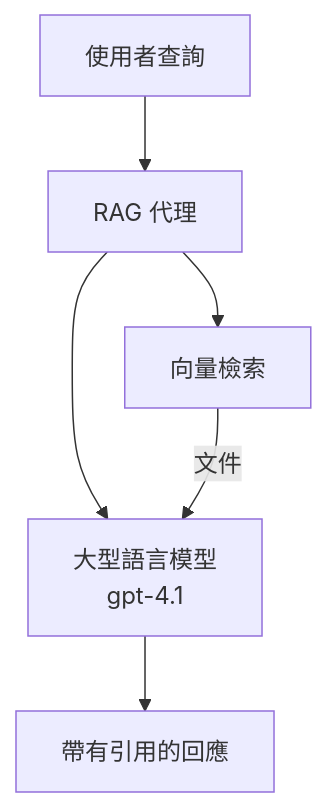
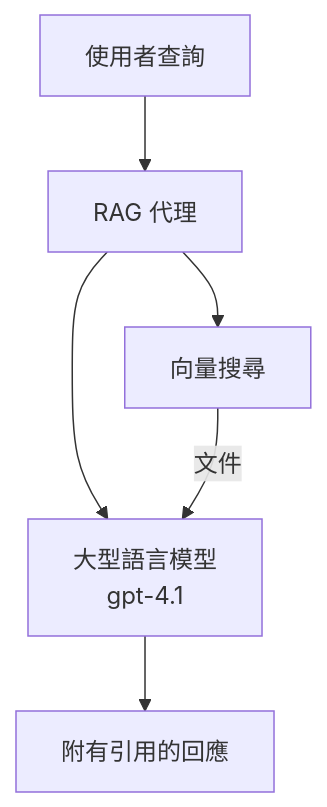
One commit to microsoft/AZD-for-beginners changed the second of 3 diagrams in translations/zh-TW/docs/chapter-02-ai-development/agents.md. Above: the diagram before and after it, drawn with Mermaid. The commit also changed other lines of this file and 104 other files, not shown here.

````diff
--- a/translations/zh-TW/docs/chapter-02-ai-development/agents.md
+++ b/translations/zh-TW/docs/chapter-02-ai-development/agents.md
@@ -175,8 +181,8 @@
 ```mermaid
 graph TD
     Query[使用者查詢] --> RAG[RAG 代理]
-    RAG --> Vector[向量檢索]
+    RAG --> Vector[向量搜尋]
     RAG --> LLM[大型語言模型<br/>gpt-4.1]
     Vector -- 文件 --> LLM
-    LLM --> Response[帶有引用的回應]
+    LLM --> Response[附有引用的回應]
 ```
````
